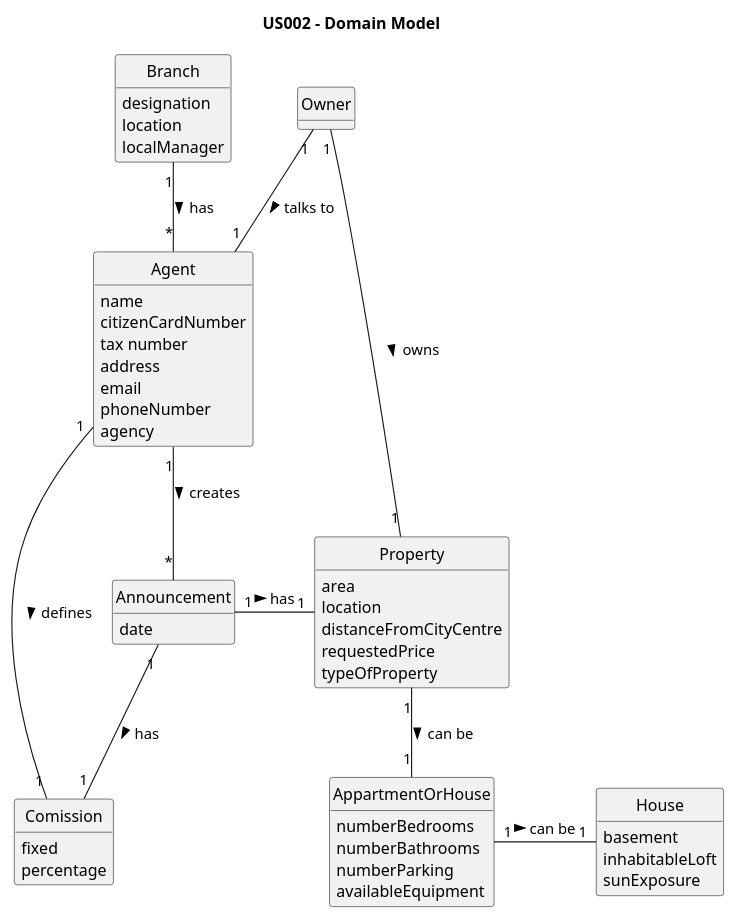
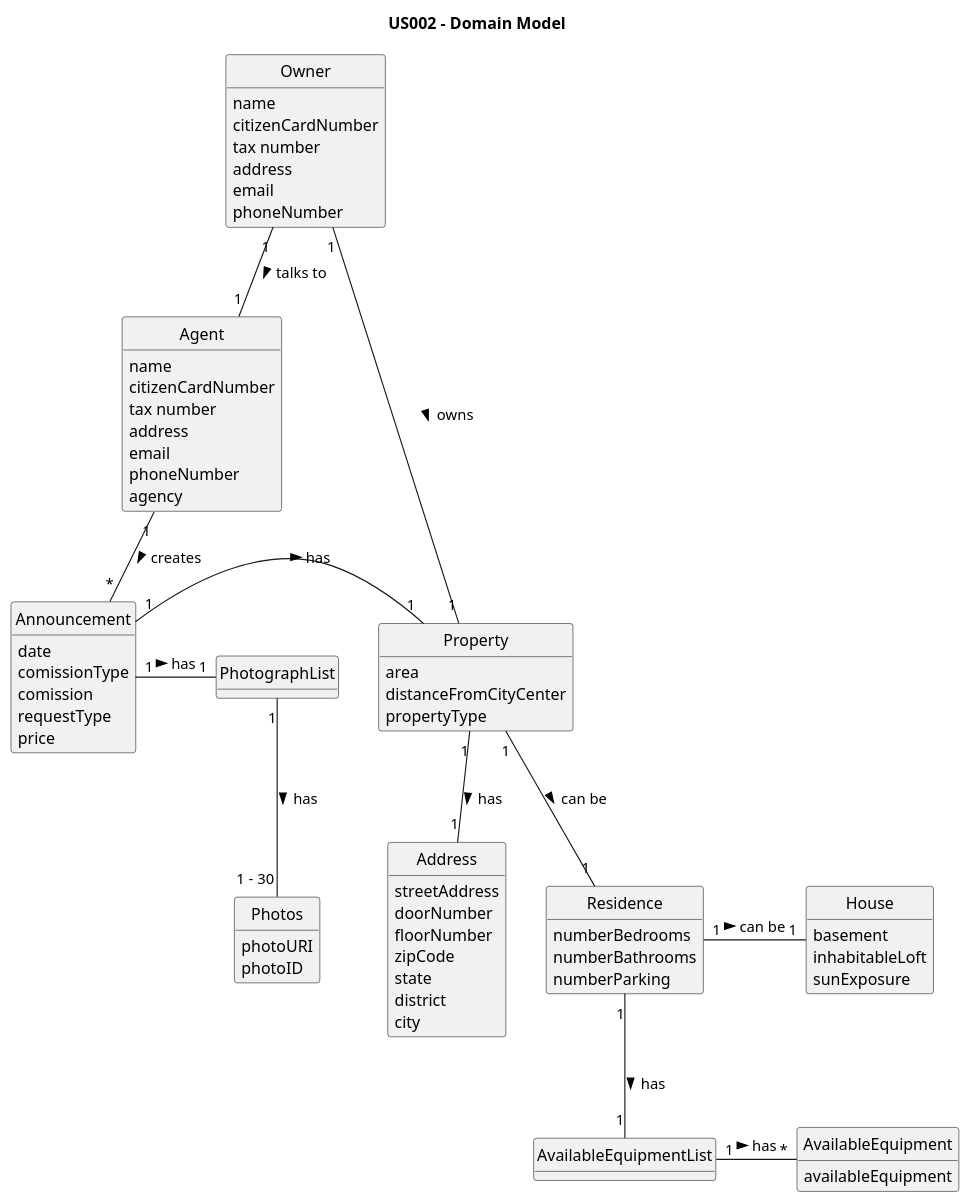
The diagram in docs/sprintD/us002/02.analysis/puml/us002-domain-model.puml (1220812/LAPR2), drawn with PlantUML before and after one commit. The commit also changed 8 other files, not shown here.

```diff
--- a/docs/sprintD/us002/02.analysis/puml/us002-domain-model.puml
+++ b/docs/sprintD/us002/02.analysis/puml/us002-domain-model.puml
@@ -1,70 +1,95 @@
 @startuml
 skinparam monochrome true
 skinparam packageStyle rectangle
 skinparam shadowing false
 
 skinparam classAttributeIconSize 0
 
 hide circle
 hide methods
 
 title US002 - Domain Model
-
-class Branch {
-    designation
-    location
-    localManager
-}
 
 class Agent {
     name
     citizenCardNumber
     tax number
     address
     email
     phoneNumber
     agency
 }
 
 class Property {
     area
-    location
-    distanceFromCityCentre
-    requestedPrice
-    typeOfProperty
+    distanceFromCityCenter
+    propertyType
+}
+
+class PhotographList {
+}
+
+class Photos {
+    photoURI
+    photoID
 }
 
 class Announcement {
     date
+    comissionType
+    comission
+    requestType
+    price
 }
 
-class AppartmentOrHouse {
+class Residence {
     numberBedrooms
     numberBathrooms
     numberParking
+}
+
+class AvailableEquipmentList {
+}
+
+class AvailableEquipment {
     availableEquipment
 }
 
 class House {
     basement
     inhabitableLoft
     sunExposure
 }
 
-class Comission {
-    fixed
-    percentage
+class Address {
+    streetAddress
+    doorNumber
+    floorNumber
+    zipCode
+    state
+    district
+    city
 }
 
-Branch "1" -- "*" Agent : has >
+class Owner {
+    name
+    citizenCardNumber
+    tax number
+    address
+    email
+    phoneNumber
+}
+
 Agent "1" -- "*" Announcement : creates >
 Owner "1" -- "1" Property : owns >
 Announcement "1" - "1" Property : has >
-Property "1" -- "1" AppartmentOrHouse : can be >
-AppartmentOrHouse "1" - "1" House : can be >
-Announcement "1" -- "1" Comission : has >
-Agent "1" - "1" Comission : defines >
+Property "1" -- "1" Residence : can be >
+Residence "1" - "1" House : can be >
 Owner "1" -- "1" Agent: talks to >
-
+Property "1" -- "1" Address: has >
+Announcement "1" - "1" PhotographList: has >
+PhotographList "1" -- "1 - 30" Photos: has >
+Residence "1" -- "1" AvailableEquipmentList: has >
+AvailableEquipmentList "1" - "*" AvailableEquipment: has >
 
 @enduml
```
